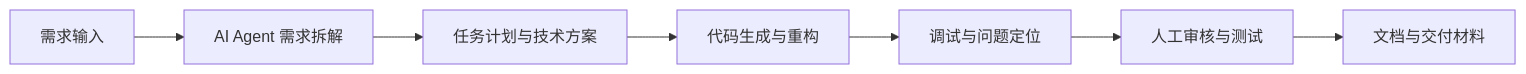
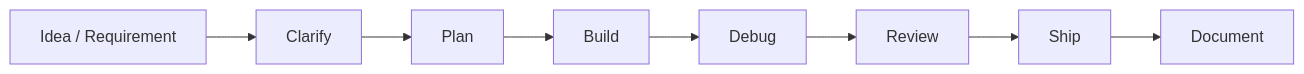
The diagram in README.md (tingxinas/ai-agent-dev-workflow), drawn with Mermaid before and after one commit. The commit also changed other lines of this file and 8 other files, not shown here.

````diff
--- a/README.md
+++ b/README.md
@@ -18,9 +21,10 @@
 ```mermaid
 flowchart LR
-    A[需求输入] --> B[AI Agent 需求拆解]
-    B --> C[任务计划与技术方案]
-    C --> D[代码生成与重构]
-    D --> E[调试与问题定位]
-    E --> F[人工审核与测试]
-    F --> G[文档与交付材料]
+    A[Idea / Requirement] --> B[Clarify]
+    B --> C[Plan]
+    C --> D[Build]
+    D --> E[Debug]
+    E --> F[Review]
+    F --> G[Ship]
+    G --> H[Document]
 ```
````
